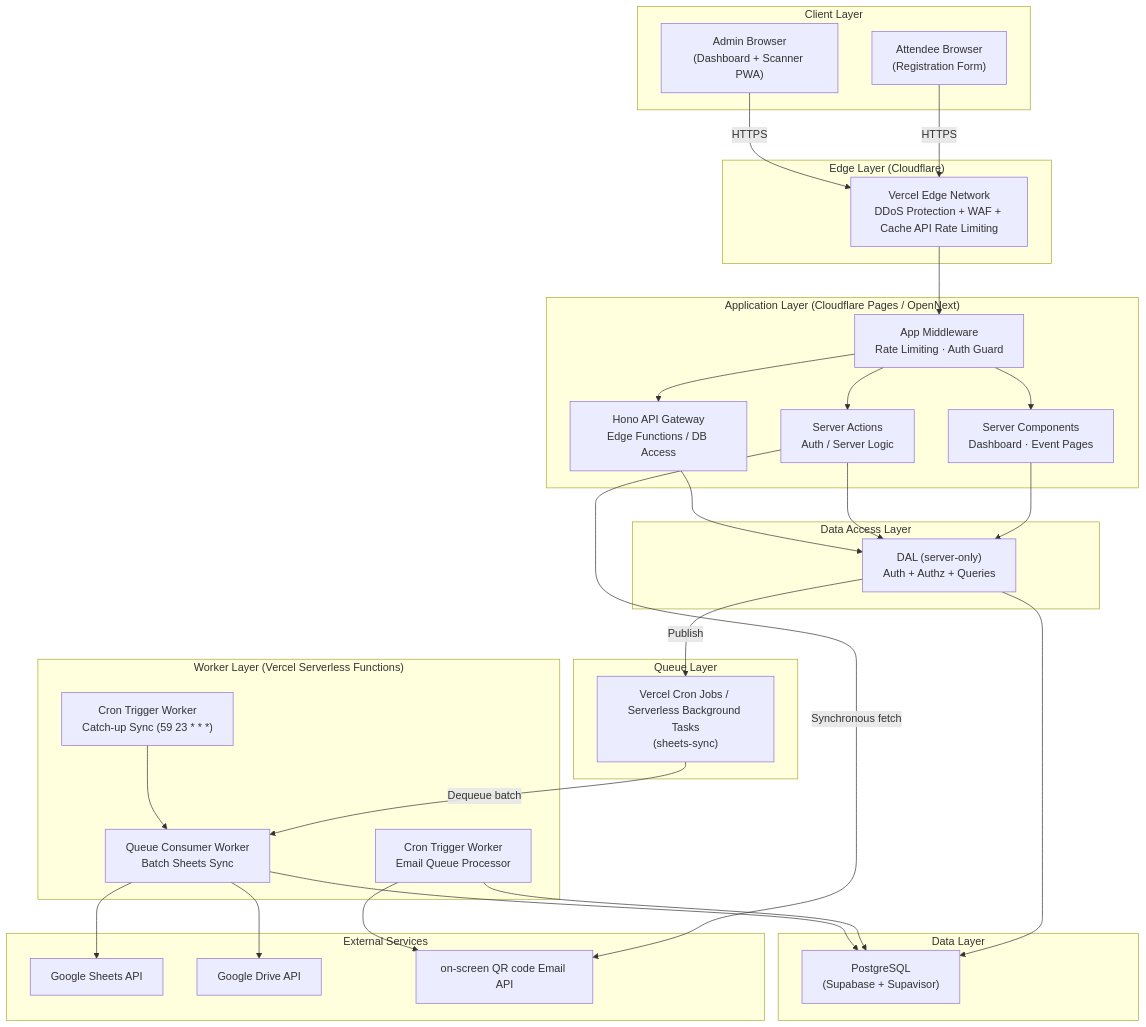
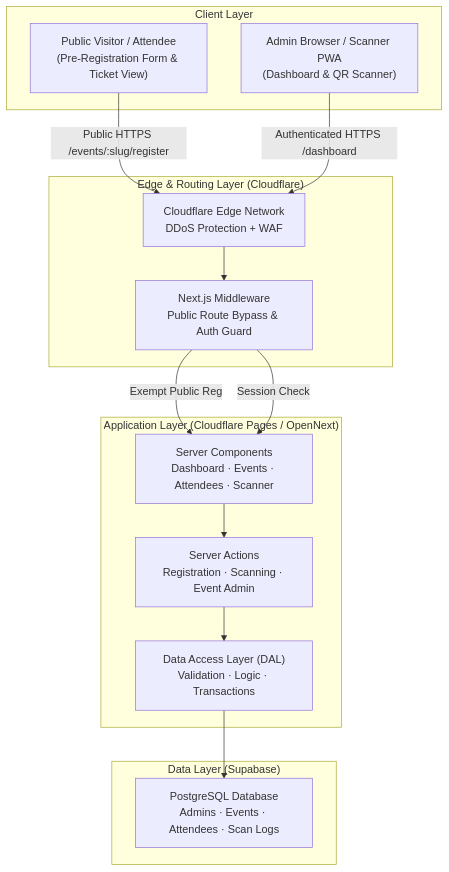
One commit to christian1202/FlowCheck changed the diagram in docs/architecture.md. Above: the diagram before and after it, drawn with Mermaid. The commit also changed other lines of this file and 15 other files, not shown here.

````diff
--- a/docs/architecture.md
+++ b/docs/architecture.md
@@ -13,62 +13,31 @@
 ```mermaid
 graph TB
     subgraph "Client Layer"
-        A["Admin Browser<br/>(Dashboard + Scanner PWA)"]
-        B["Attendee Browser<br/>(Registration Form)"]
+        A["Admin Browser / Scanner PWA<br/>(Dashboard & QR Scanner)"]
+        B["Public Visitor / Attendee<br/>(Pre-Registration Form & Ticket View)"]
     end
 
-    subgraph "Edge Layer (Cloudflare)"
-        C["Vercel Edge Network<br/>DDoS Protection + WAF + Cache API Rate Limiting"]
+    subgraph "Edge & Routing Layer (Cloudflare)"
+        C["Cloudflare Edge Network<br/>DDoS Protection + WAF"]
+        G["Next.js Middleware<br/>Public Route Bypass & Auth Guard"]
     end
 
     subgraph "Application Layer (Cloudflare Pages / OpenNext)"
-        D["Server Components<br/>Dashboard · Event Pages"]
-        E["Server Actions<br/>Auth / Server Logic"]
-        F["Hono API Gateway<br/>Edge Functions / DB Access"]
-        G["App Middleware<br/>Rate Limiting · Auth Guard"]
+        D["Server Components<br/>Dashboard · Events · Attendees · Scanner"]
+        E["Server Actions<br/>Registration · Scanning · Event Admin"]
+        H["Data Access Layer (DAL)<br/>Validation · Logic · Transactions"]
     end
 
-    subgraph "Data Access Layer"
-        H["DAL (server-only)<br/>Auth + Authz + Queries"]
+    subgraph "Data Layer (Supabase)"
+        I["PostgreSQL Database<br/>Admins · Events · Attendees · Scan Logs"]
     end
 
-    subgraph "Data Layer"
-        I["PostgreSQL<br/>(Supabase + Supavisor)"]
-    end
-
-    subgraph "Queue Layer"
-        J["Vercel Cron Jobs / Serverless Background Tasks<br/>(sheets-sync)"]
-    end
-
-    subgraph "Worker Layer (Vercel Serverless Functions)"
-        K["Queue Consumer Worker<br/>Batch Sheets Sync"]
-        L["Cron Trigger Worker<br/>Catch-up Sync (59 23 * * *)"]
-        P["Cron Trigger Worker<br/>Email Queue Processor"]
-    end
-
-    subgraph "External Services"
-        M["Google Sheets API"]
-        N["Google Drive API"]
-        O["on-screen QR code Email API"]
-    end
-
-    B -->|HTTPS| C
-    A -->|HTTPS| C
+    B -->|Public HTTPS /events/:slug/register| C
+    A -->|Authenticated HTTPS /dashboard| C
     C --> G
-    G --> D
-    G --> E
-    G --> F
-    D --> H
+    G -->|Exempt Public Reg| D
+    G -->|Session Check| D
+    D --> E
     E --> H
-    F --> H
     H --> I
-    E -->|Synchronous fetch| O
-    H -->|Publish| J
-    J -->|Dequeue batch| K
-    L --> K
-    P --> O
-    P --> I
-    K --> M
-    K --> N
-    K --> I
 ```
````
